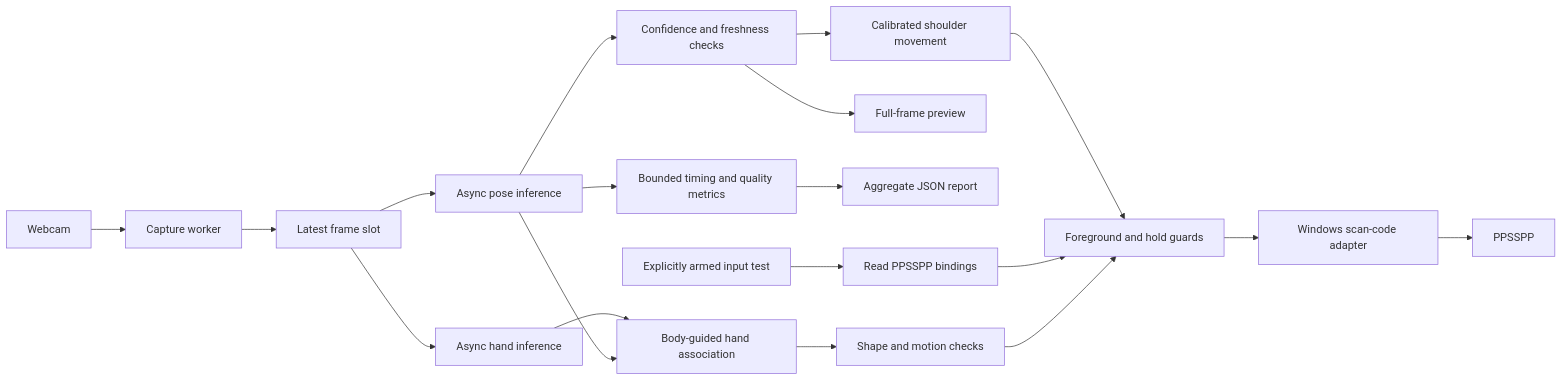
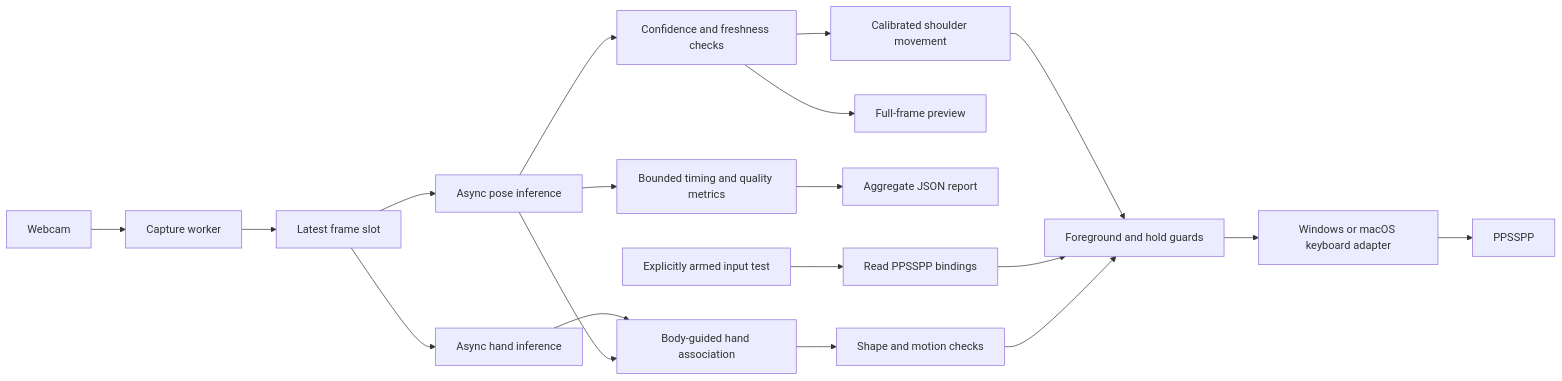
One commit to chittranshsharma/Shadow-Pad changed the diagram in README.md. Above: the diagram before and after it, drawn with Mermaid. The commit also changed other lines of this file and 9 other files, not shown here.

````diff
--- a/README.md
+++ b/README.md
@@ -52,21 +52,21 @@
 ```mermaid
 flowchart LR
     Camera[Webcam] --> Capture[Capture worker]
     Capture --> Latest[Latest frame slot]
     Latest --> Pose[Async pose inference]
     Latest --> Hands[Async hand inference]
     Pose --> Identity[Body-guided hand association]
     Hands --> Identity
     Identity --> Attacks[Shape and motion checks]
     Attacks --> Guard
     Pose --> Quality[Confidence and freshness checks]
     Quality --> Preview[Full-frame preview]
     Pose --> Metrics[Bounded timing and quality metrics]
     Metrics --> Report[Aggregate JSON report]
     CLI[Explicitly armed input test] --> Bindings[Read PPSSPP bindings]
     Bindings --> Guard[Foreground and hold guards]
-    Guard --> Native[Windows scan-code adapter]
+    Guard --> Native[Windows or macOS keyboard adapter]
     Native --> Emulator[PPSSPP]
     Quality --> Movement[Calibrated shoulder movement]
     Movement --> Guard
 ```
````
